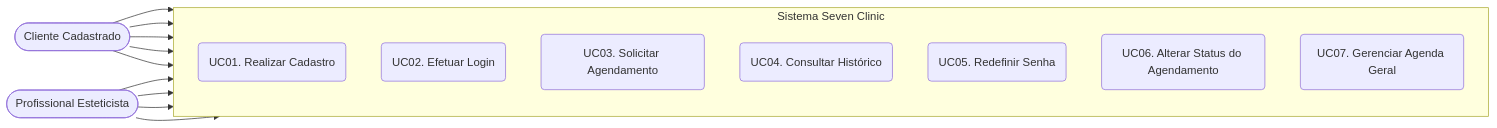
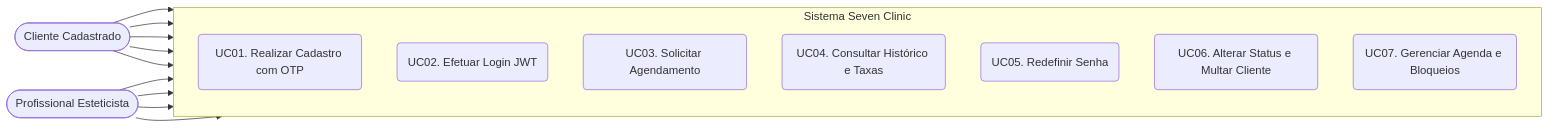
The first of 3 diagrams in seven-clinic/DOCUMENTACAO_TCC.md (yasper05/seven-clinic), drawn with Mermaid before and after one commit. The commit also changed other lines of this file and 6 other files, not shown here.

````diff
--- a/seven-clinic/DOCUMENTACAO_TCC.md
+++ b/seven-clinic/DOCUMENTACAO_TCC.md
@@ -116,31 +98,31 @@
 ```mermaid
 flowchart LR
     %% Atores
     Cliente([Cliente Cadastrado])
     Profissional([Profissional Esteticista])
     
     %% Sistema Seven Clinic
     subgraph Sistema Seven Clinic
         direction TB
-        UC1(UC01. Realizar Cadastro)
-        UC2(UC02. Efetuar Login)
+        UC1(UC01. Realizar Cadastro com OTP)
+        UC2(UC02. Efetuar Login JWT)
         UC3(UC03. Solicitar Agendamento)
-        UC4(UC04. Consultar Histórico)
+        UC4(UC04. Consultar Histórico e Taxas)
         UC5(UC05. Redefinir Senha)
-        UC6(UC06. Alterar Status do Agendamento)
-        UC7(UC07. Gerenciar Agenda Geral)
+        UC6(UC06. Alterar Status e Multar Cliente)
+        UC7(UC07. Gerenciar Agenda e Bloqueios)
     end
     
     %% Relacionamentos do Cliente
     Cliente --> UC1
     Cliente --> UC2
     Cliente --> UC3
     Cliente --> UC4
     Cliente --> UC5
     
     %% Relacionamentos da Profissional
     Profissional --> UC2
     Profissional --> UC5
     Profissional --> UC6
     Profissional --> UC7
 ```
````
